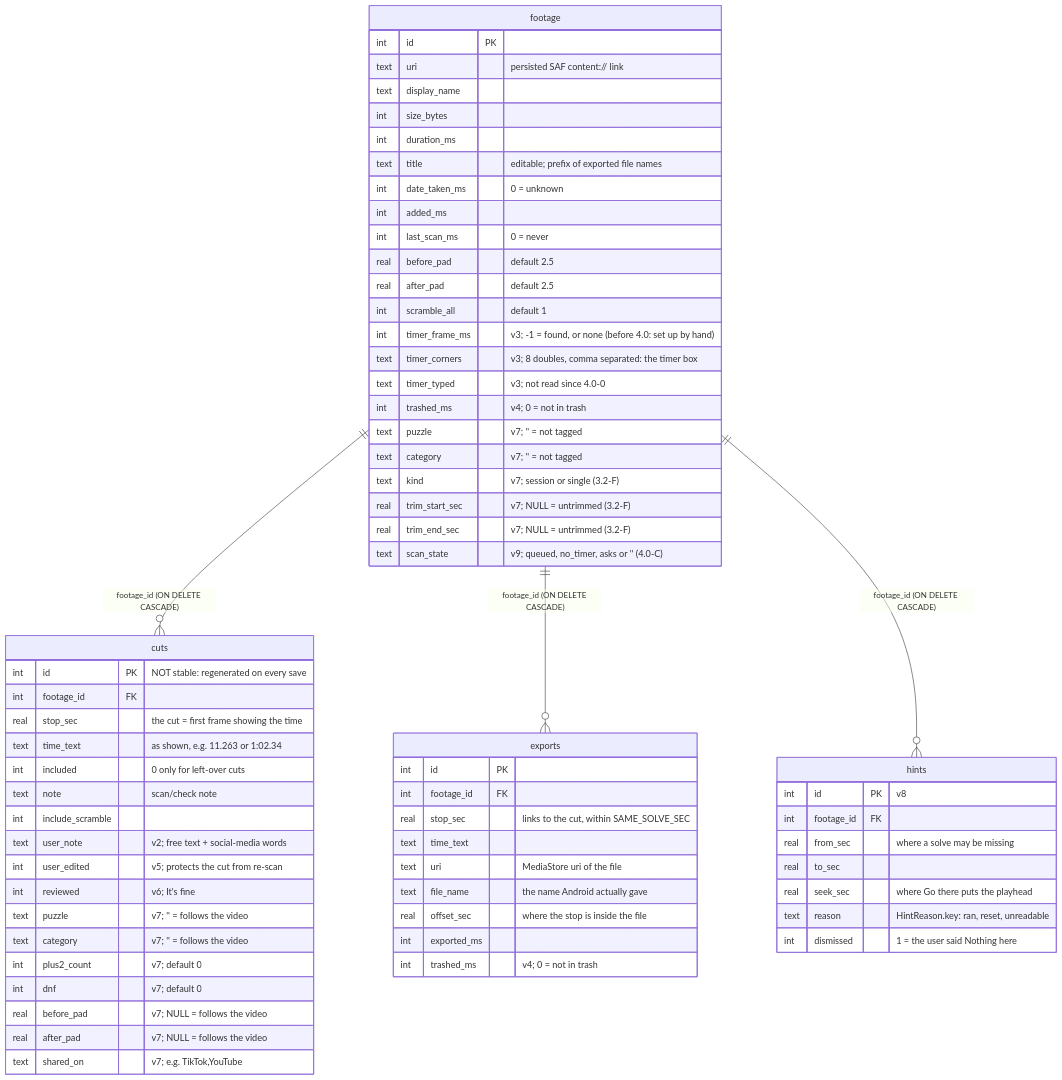
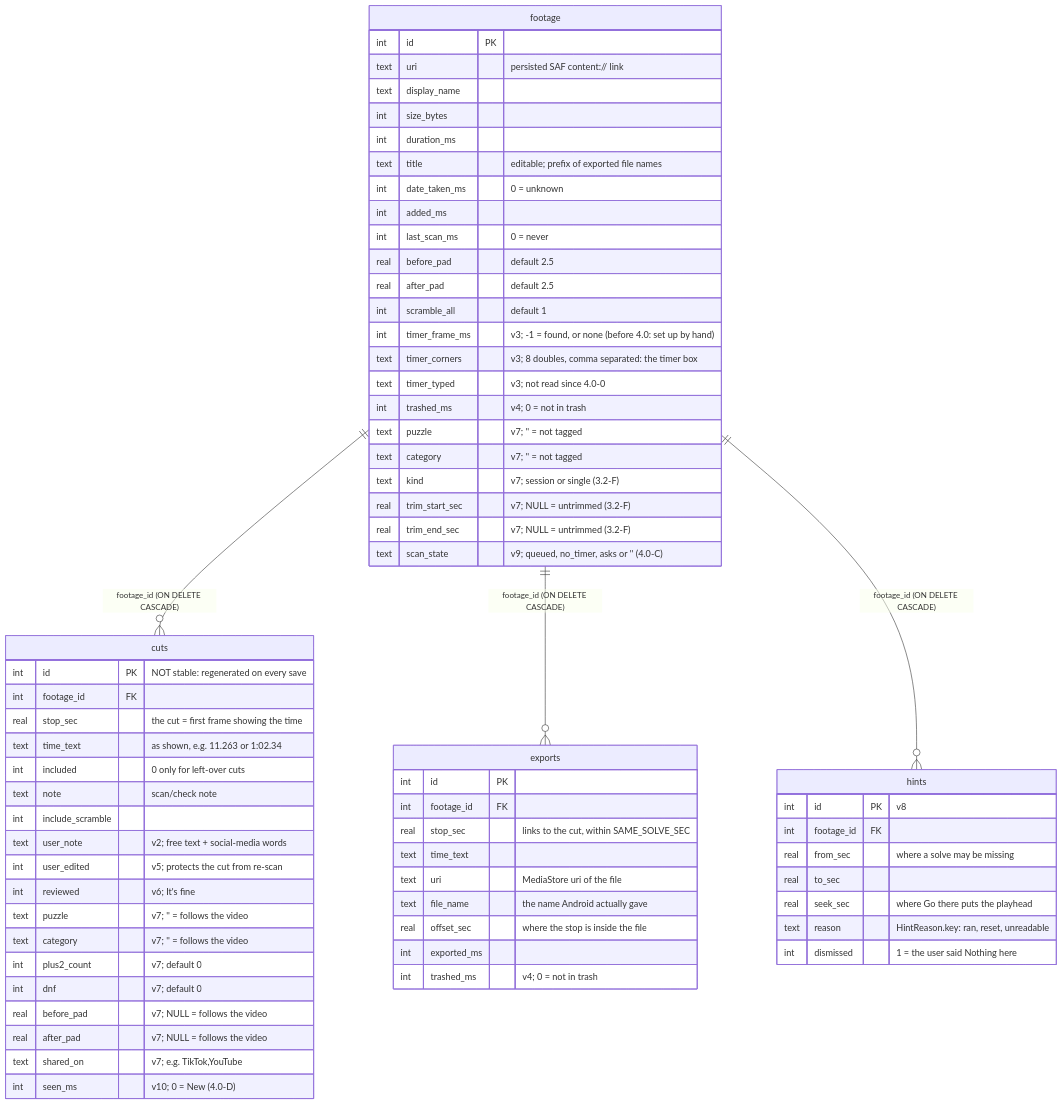
The diagram in docs/data-model.md (justinihil/CubeCut), drawn with Mermaid before and after one commit. The commit also changed other lines of this file and 13 other files, not shown here.

````diff
--- a/docs/data-model.md
+++ b/docs/data-model.md
@@ -19,69 +19,70 @@
 ```mermaid
 erDiagram
   footage ||--o{ cuts : "footage_id (ON DELETE CASCADE)"
   footage ||--o{ exports : "footage_id (ON DELETE CASCADE)"
   footage ||--o{ hints : "footage_id (ON DELETE CASCADE)"
   footage {
     int id PK
     text uri "persisted SAF content:// link"
     text display_name
     int size_bytes
     int duration_ms
     text title "editable; prefix of exported file names"
     int date_taken_ms "0 = unknown"
     int added_ms
     int last_scan_ms "0 = never"
     real before_pad "default 2.5"
     real after_pad "default 2.5"
     int scramble_all "default 1"
     int timer_frame_ms "v3; -1 = found, or none (before 4.0: set up by hand)"
     text timer_corners "v3; 8 doubles, comma separated: the timer box"
     text timer_typed "v3; not read since 4.0-0"
     int trashed_ms "v4; 0 = not in trash"
     text puzzle "v7; '' = not tagged"
     text category "v7; '' = not tagged"
     text kind "v7; session or single (3.2-F)"
     real trim_start_sec "v7; NULL = untrimmed (3.2-F)"
     real trim_end_sec "v7; NULL = untrimmed (3.2-F)"
     text scan_state "v9; queued, no_timer, asks or '' (4.0-C)"
   }
   cuts {
     int id PK "NOT stable: regenerated on every save"
     int footage_id FK
     real stop_sec "the cut = first frame showing the time"
     text time_text "as shown, e.g. 11.263 or 1:02.34"
     int included "0 only for left-over cuts"
     text note "scan/check note"
     int include_scramble
     text user_note "v2; free text + social-media words"
     int user_edited "v5; protects the cut from re-scan"
     int reviewed "v6; It's fine"
     text puzzle "v7; '' = follows the video"
     text category "v7; '' = follows the video"
     int plus2_count "v7; default 0"
     int dnf "v7; default 0"
     real before_pad "v7; NULL = follows the video"
     real after_pad "v7; NULL = follows the video"
     text shared_on "v7; e.g. TikTok,YouTube"
+    int seen_ms "v10; 0 = New (4.0-D)"
   }
   exports {
     int id PK
     int footage_id FK
     real stop_sec "links to the cut, within SAME_SOLVE_SEC"
     text time_text
     text uri "MediaStore uri of the file"
     text file_name "the name Android actually gave"
     real offset_sec "where the stop is inside the file"
     int exported_ms
     int trashed_ms "v4; 0 = not in trash"
   }
   hints {
     int id PK "v8"
     int footage_id FK
     real from_sec "where a solve may be missing"
     real to_sec
     real seek_sec "where Go there puts the playhead"
     text reason "HintReason.key: ran, reset, unreadable"
     int dismissed "1 = the user said Nothing here"
   }
 ```
````
